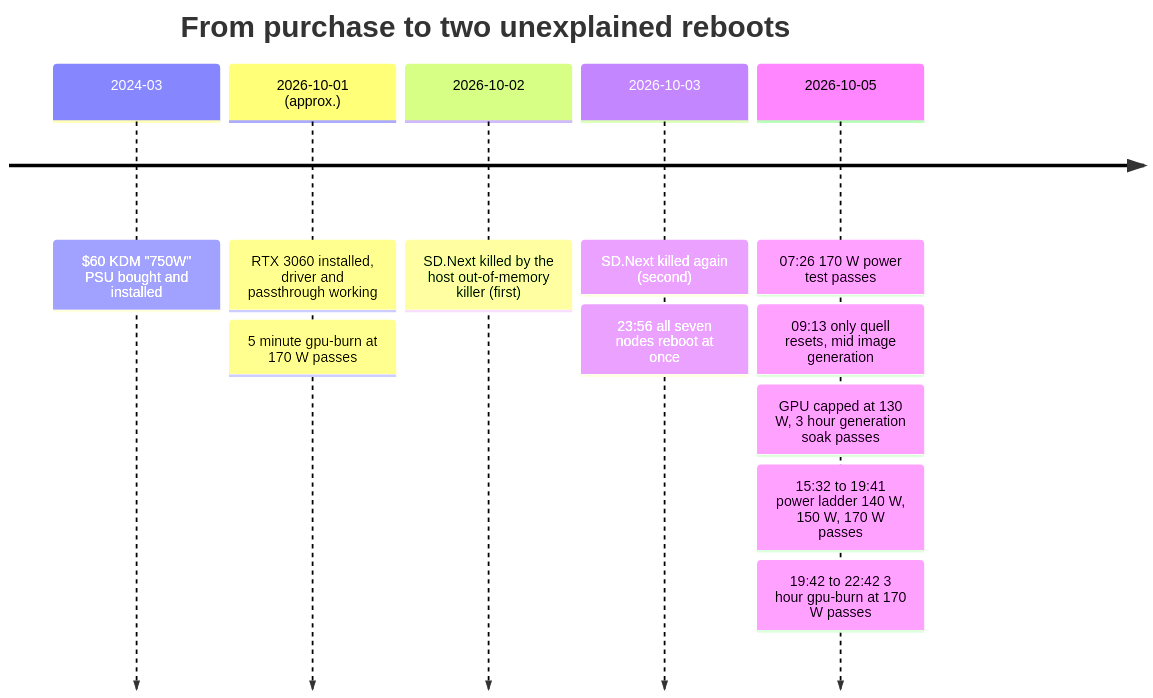
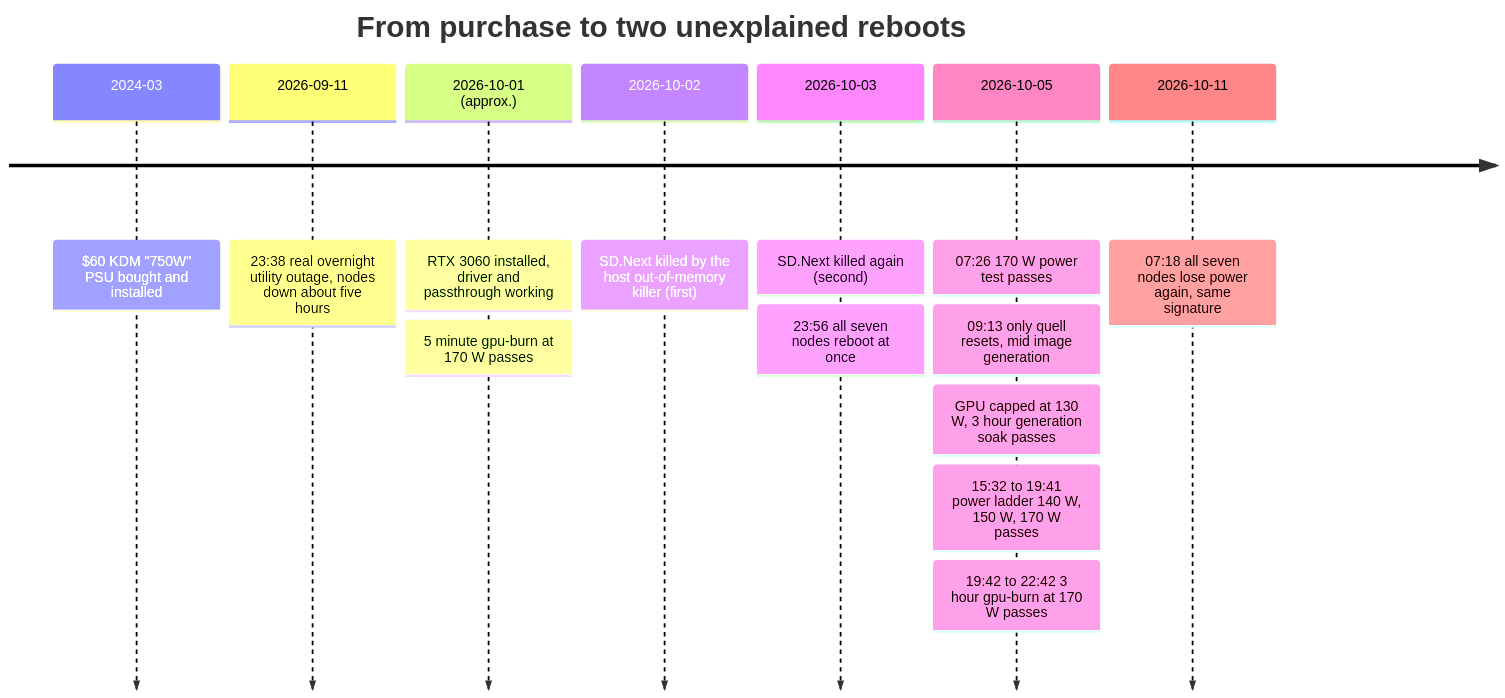
Before and after one commit to mcgarrah/mcgarrah.github.io: the diagram in _drafts/2026-10-05-used-rtx-3060-cheap-psu-and-two-unexplained-reboots.md, drawn with Mermaid. The commit also changed other lines of this file and 2 other files, not shown here.

First line of the commit message:
draft: RTX 3060 article, add the 2026-10-11 power loss and the Raleigh UPS

````diff
--- a/_drafts/2026-10-05-used-rtx-3060-cheap-psu-and-two-unexplained-reboots.md
+++ b/_drafts/2026-10-05-used-rtx-3060-cheap-psu-and-two-unexplained-reboots.md
@@ -47,15 +49,17 @@
 ```mermaid
 timeline
     title From purchase to two unexplained reboots
     2024-03 : $60 KDM "750W" PSU bought and installed
+    2026-09-11 : 23:38 real overnight utility outage, nodes down about five hours
     2026-10-01 (approx.) : RTX 3060 installed, driver and passthrough working
              : 5 minute gpu-burn at 170 W passes
     2026-10-02 : SD.Next killed by the host out-of-memory killer (first)
     2026-10-03 : SD.Next killed again (second)
              : 23:56 all seven nodes reboot at once
     2026-10-05 : 07:26 170 W power test passes
              : 09:13 only quell resets, mid image generation
              : GPU capped at 130 W, 3 hour generation soak passes
              : 15:32 to 19:41 power ladder 140 W, 150 W, 170 W passes
              : 19:42 to 22:42 3 hour gpu-burn at 170 W passes
+    2026-10-11 : 07:18 all seven nodes lose power again, same signature
 ```
````
